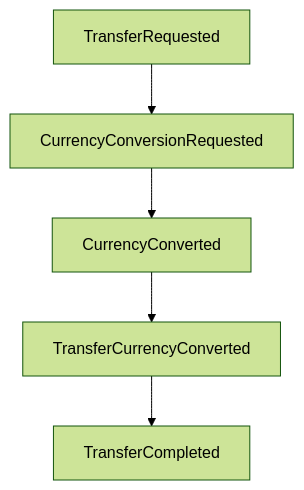
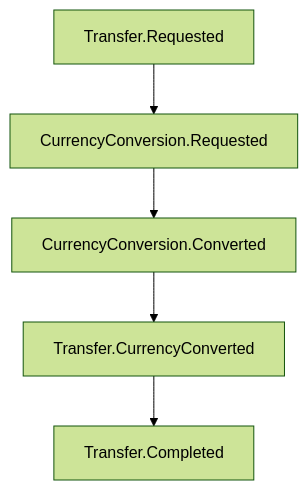
The third of 3 diagrams in docs/architecture.md (amirasaad/fintech), drawn with Mermaid (forest theme) before and after one commit. The commit also changed other lines of this file and 11 other files, not shown here.

````diff
--- a/docs/architecture.md
+++ b/docs/architecture.md
@@ -56,7 +56,7 @@
 ```mermaid
 graph TD
-    A[TransferRequested] --> B[CurrencyConversionRequested]
-    B --> C[CurrencyConverted]
-    C --> D[TransferCurrencyConverted]
-    D --> E[TransferCompleted]
+    A[Transfer.Requested] --> B[CurrencyConversion.Requested]
+    B --> C[CurrencyConversion.Converted]
+    C --> D[Transfer.CurrencyConverted]
+    D --> E[Transfer.Completed]
 ```
````
